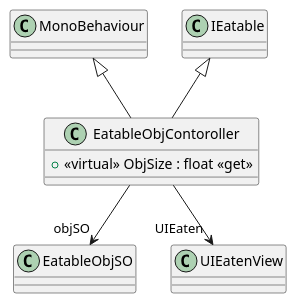
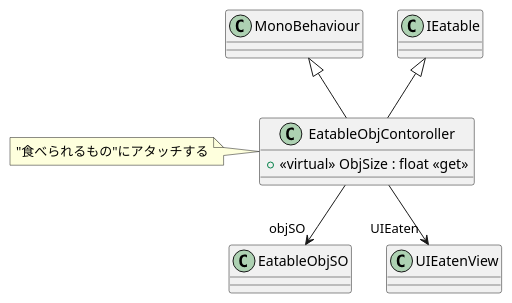
Before and after one commit to MainCastle1212/EverythingEater: the diagram in plantuml/Eats/EatableObjContoroller.puml, drawn with PlantUML. The commit also changed 18 other files, not shown here.

```diff
--- a/plantuml/Eats/EatableObjContoroller.puml
+++ b/plantuml/Eats/EatableObjContoroller.puml
@@ -1,9 +1,10 @@
 @startuml
 class EatableObjContoroller {
     + <<virtual>> ObjSize : float <<get>>
 }
 MonoBehaviour <|-- EatableObjContoroller
 IEatable <|-- EatableObjContoroller
 EatableObjContoroller --> "objSO" EatableObjSO
 EatableObjContoroller --> "UIEaten" UIEatenView
+note left of EatableObjContoroller : "食べられるもの"にアタッチする
 @enduml
```
